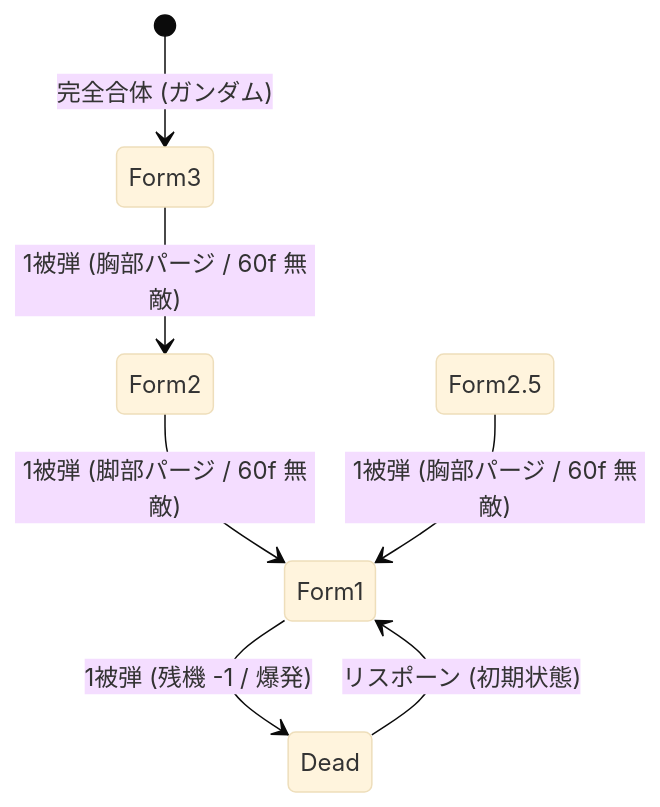
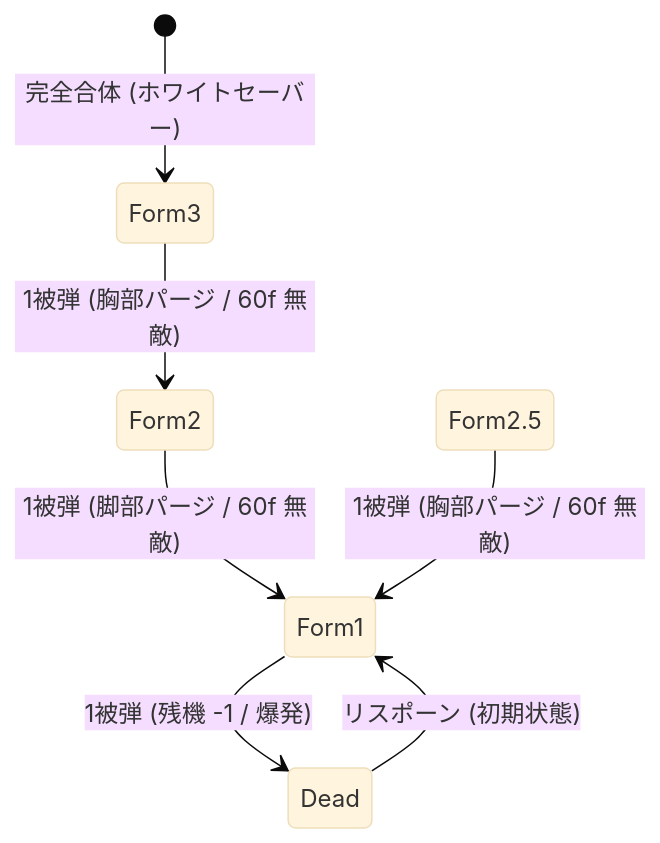
The second of 4 diagrams in docs/SPEC.md (Mitsutaka-Kusakabe/nes-shooting), drawn with Mermaid (base theme) before and after one commit. The commit also changed other lines of this file and 35 other files, not shown here.

````diff
--- a/docs/SPEC.md
+++ b/docs/SPEC.md
@@ -180,9 +180,9 @@
 ```mermaid
 stateDiagram-v2
-    [*] --> Form3: 完全合体 (ガンダム)
+    [*] --> Form3: 完全合体 (ホワイトセーバー)
     Form3 --> Form2: 1被弾 (胸部パージ / 60f 無敵)
     Form2 --> Form1: 1被弾 (脚部パージ / 60f 無敵)
     Form2.5 --> Form1: 1被弾 (胸部パージ / 60f 無敵)
     Form1 --> Dead: 1被弾 (残機 -1 / 爆発)
     Dead --> Form1: リスポーン (初期状態)
 ```
````
